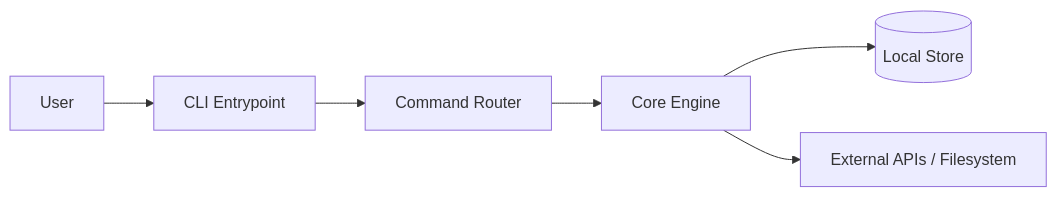
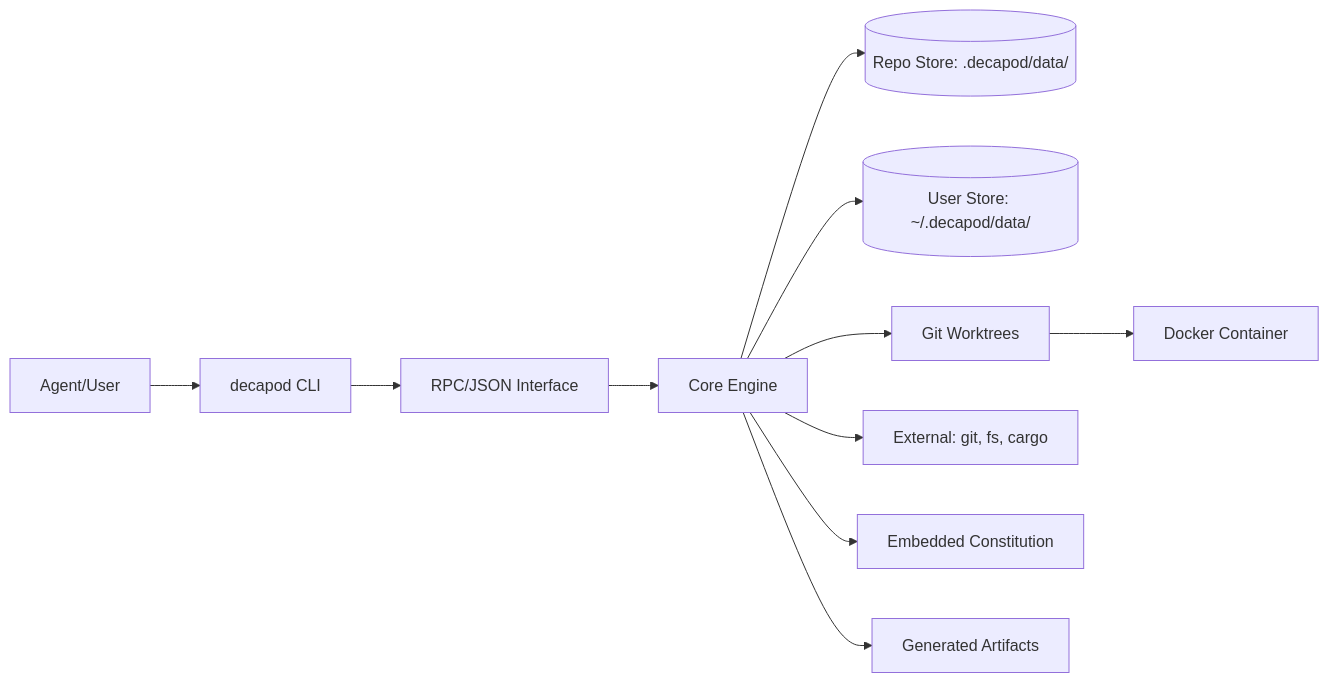
Before and after one commit to DecapodLabs/decapod: the second of 5 diagrams in .decapod/generated/specs/ARCHITECTURE.md, drawn with Mermaid. The commit also changed other lines of this file and 8 other files, not shown here.

````diff
--- a/.decapod/generated/specs/ARCHITECTURE.md
+++ b/.decapod/generated/specs/ARCHITECTURE.md
@@ -34,8 +134,13 @@
 ```mermaid
 flowchart LR
-  U[User] --> C[CLI Entrypoint]
-  C --> R[Command Router]
+  U[Agent/User] --> C[decapod CLI]
+  C --> R[RPC/JSON Interface]
   R --> E[Core Engine]
-  E --> S[(Local Store)]
-  E --> X[External APIs / Filesystem]
+  E --> S1[(Repo Store: .decapod/data/)]
+  E --> S2[(User Store: ~/.decapod/data/)]
+  E --> W[Git Worktrees]
+  W --> D[Docker Container]
+  E --> X[External: git, fs, cargo]
+  E --> P[Embedded Constitution]
+  E --> G[Generated Artifacts]
 ```
````
